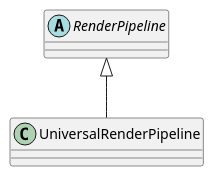
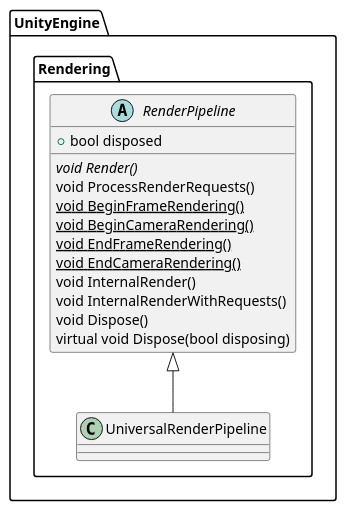
Before and after one commit to heller77/ForReadingURP: the diagram in ClassDiagram/URP.puml, drawn with PlantUML. The commit also changed 1 other file, not shown here.

Commit message:
RenderPipelineクラスについて書いた

```diff
--- a/ClassDiagram/URP.puml
+++ b/ClassDiagram/URP.puml
@@ -1,32 +1,46 @@
 @startuml
 'https://plantuml.com/class-diagram
 '
 'abstract class AbstractList
 'abstract AbstractCollection
 'interface List
 'interface Collection
 '
 'List <|-- AbstractList
 'Collection <|-- AbstractCollection
 '
 'Collection <|- List
 'AbstractCollection <|- AbstractList
 'AbstractList <|-- ArrayList
 '
 'class ArrayList {
 'Object[] elementData
 'size()
 '}
 
 'enum TimeUnit {
 'DAYS
 'HOURS
 'MINUTES
 '}
-RenderPipeline <|-- UniversalRenderPipeline
-class UniversalRenderPipeline {
-}
-abstract class RenderPipeline{
+namespace UnityEngine.Rendering{
+    RenderPipeline <|-- UniversalRenderPipeline
+
+    abstract class RenderPipeline{
+        {abstract} void Render()
+        void ProcessRenderRequests()
+        {static}void BeginFrameRendering()
+        {static}void BeginCameraRendering()
+        {static}void EndFrameRendering()
+        {static}void EndCameraRendering()
+        void InternalRender()
+        void InternalRenderWithRequests()
+        + bool disposed
+        void Dispose()
+        virtual void Dispose(bool disposing)     
+    }
+    class UniversalRenderPipeline {
+    }
 }
 
 @enduml
```
